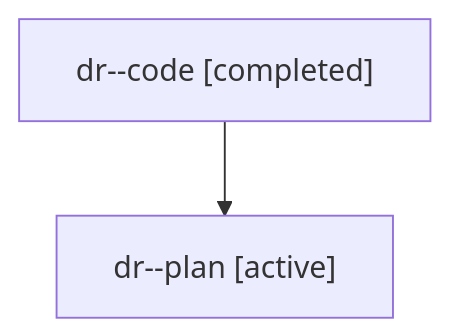
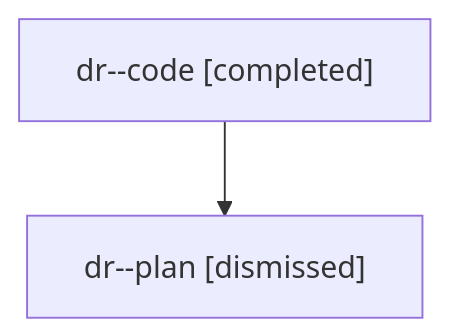
One commit to sase-org/sase--agents changed the diagram in sessions/bbugyi200.athena.dr.md. Above: the diagram before and after it, drawn with Mermaid. The commit also changed other lines of this file and 33 other files, not shown here.

````diff
--- a/sessions/bbugyi200.athena.dr.md
+++ b/sessions/bbugyi200.athena.dr.md
@@ -9,6 +9,6 @@
 ```mermaid
 flowchart TD
   n0["dr--code [completed]"]
-  n1["dr--plan [active]"]
+  n1["dr--plan [dismissed]"]
   n0 --> n1
 ```
````
